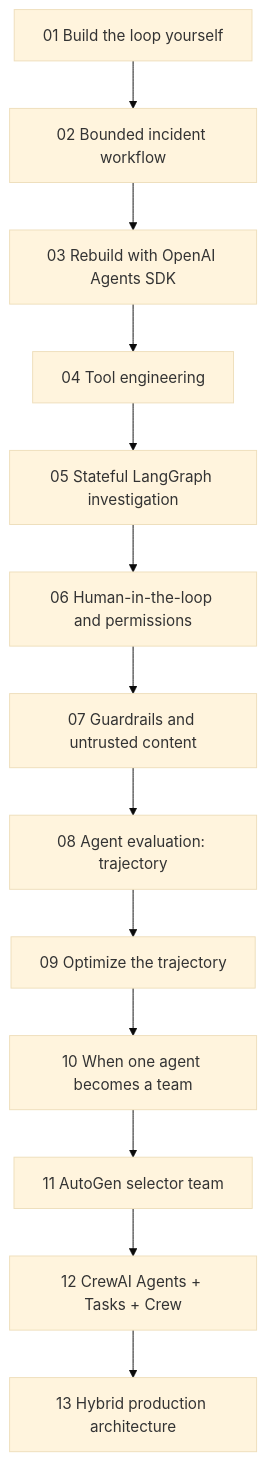
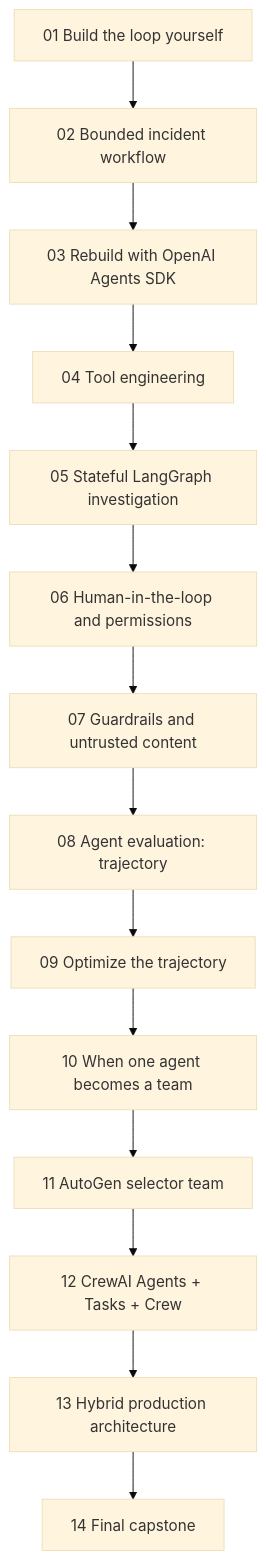
The diagram in docs/agentops-lab.md (mahsa-teimourikia/awesome-ai-agents), drawn with Mermaid (base theme) before and after one commit. The commit also changed other lines of this file and 11 other files, not shown here.

Commit message:
Add AgentOps final capstone

````diff
--- a/docs/agentops-lab.md
+++ b/docs/agentops-lab.md
@@ -42,15 +44,16 @@
 ```mermaid
 flowchart TD
     N1["01 Build the loop yourself"] --> N2["02 Bounded incident workflow"]
     N2 --> N3["03 Rebuild with OpenAI Agents SDK"]
     N3 --> N4["04 Tool engineering"]
     N4 --> N5["05 Stateful LangGraph investigation"]
     N5 --> N6["06 Human-in-the-loop and permissions"]
     N6 --> N7["07 Guardrails and untrusted content"]
     N7 --> N8["08 Agent evaluation: trajectory"]
     N8 --> N9["09 Optimize the trajectory"]
     N9 --> N10["10 When one agent becomes a team"]
     N10 --> N11["11 AutoGen selector team"]
     N11 --> N12["12 CrewAI Agents + Tasks + Crew"]
     N12 --> N13["13 Hybrid production architecture"]
+    N13 --> N14["14 Final capstone"]
 ```
````
